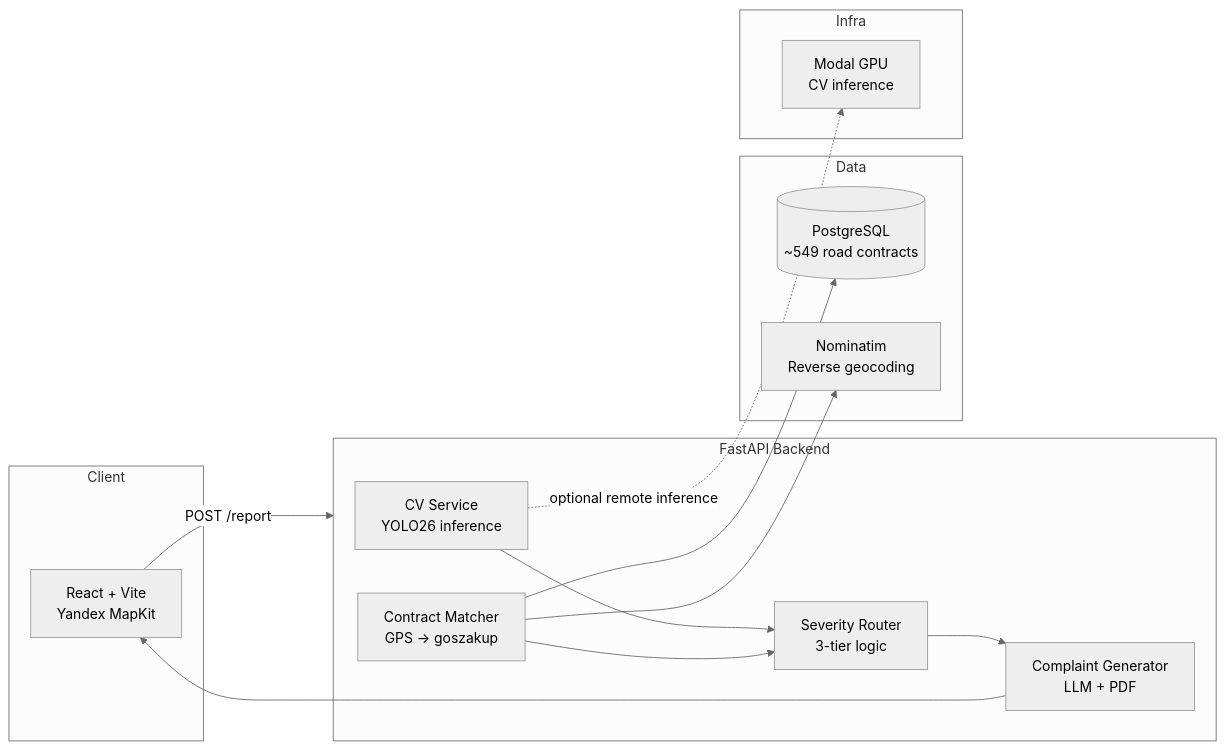
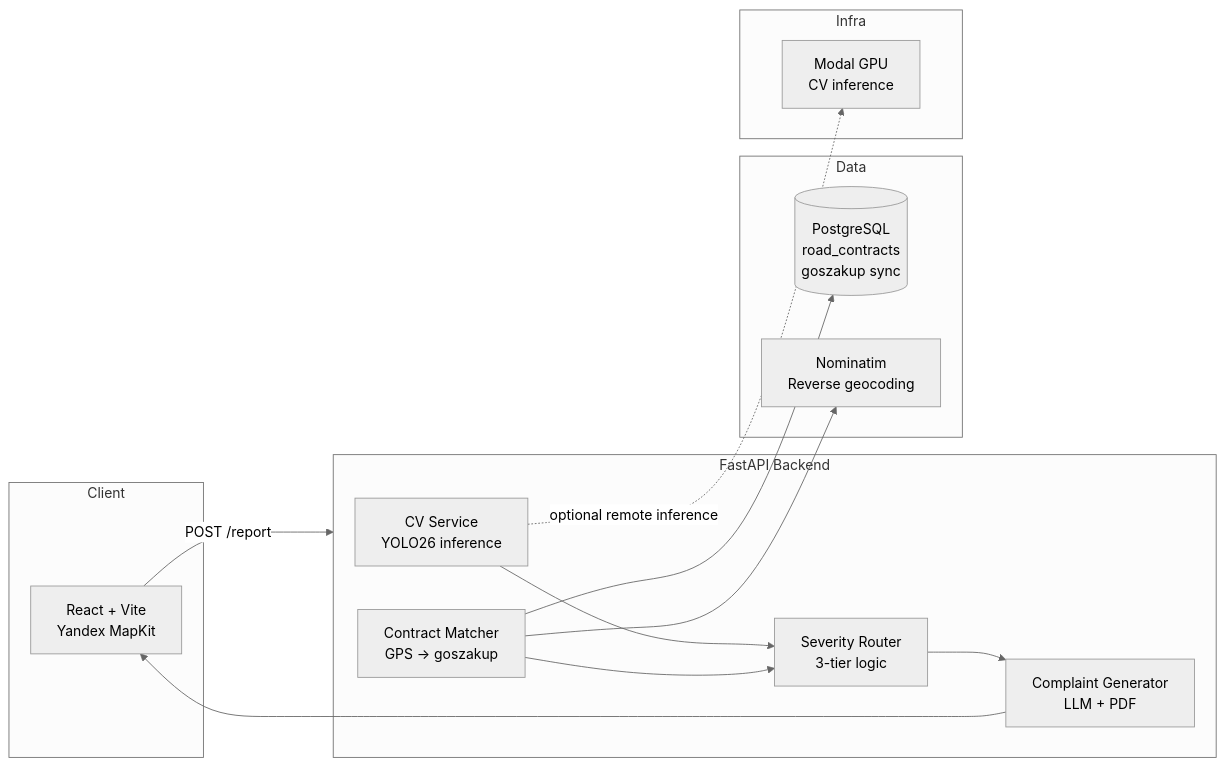
One commit to BAITC-Hacks/hack-d0afe670-monolab changed the second of 2 diagrams in README.md. Above: the diagram before and after it, drawn with Mermaid (neutral theme). The commit also changed other lines of this file, not shown here.

First line of the commit message:
Describe contract data via goszakup in README.

````diff
--- a/README.md
+++ b/README.md
@@ -55,28 +55,28 @@
 ```mermaid
 flowchart LR
     subgraph Client
         F[React + Vite<br/>Yandex MapKit]
     end
     subgraph Backend[FastAPI Backend]
         CV[CV Service<br/>YOLO26 inference]
         MATCH[Contract Matcher<br/>GPS → goszakup]
         SEV[Severity Router<br/>3-tier logic]
         DOC[Complaint Generator<br/>LLM + PDF]
     end
     subgraph Data
-        DB[(PostgreSQL<br/>~549 road contracts)]
+        DB[(PostgreSQL<br/>road_contracts<br/>goszakup sync)]
         GEO[Nominatim<br/>Reverse geocoding]
     end
     subgraph Infra
         MODAL[Modal GPU<br/>CV inference]
     end
 
     F -->|POST /report| Backend
     CV --> SEV
     MATCH --> SEV
     MATCH --> DB
     MATCH --> GEO
     SEV --> DOC
     DOC --> F
     CV -.optional remote inference.-> MODAL
 ```
````
